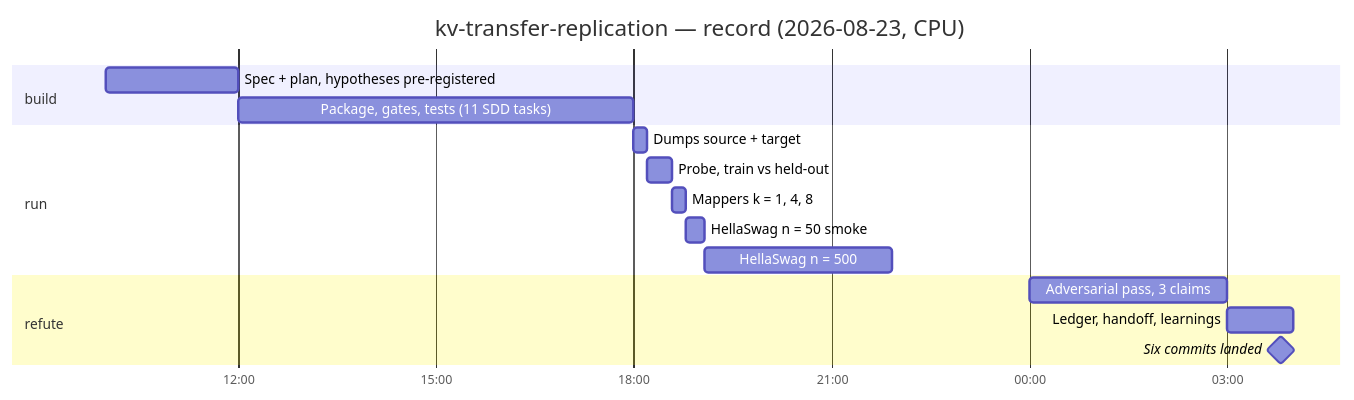
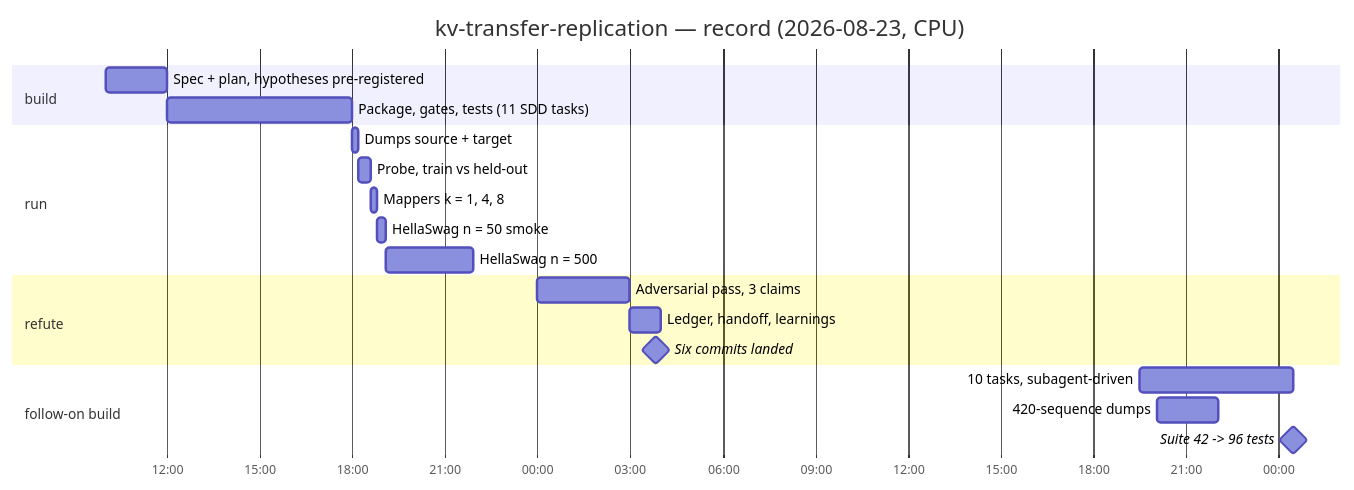
Before and after one commit to hossainpazooki/kv-transfer-replication: the third of 4 diagrams in README.md, drawn with Mermaid. The commit also changed other lines of this file and 10 other files, not shown here.

````diff
--- a/README.md
+++ b/README.md
@@ -135,19 +143,23 @@
 ```mermaid
 gantt
     title kv-transfer-replication — record (2026-08-23, CPU)
     dateFormat YYYY-MM-DD HH:mm
     axisFormat %H:%M
     section build
     Spec + plan, hypotheses pre-registered  :b1, 2026-08-23 10:00, 2h
     Package, gates, tests (11 SDD tasks)    :b2, 2026-08-23 12:00, 6h
     section run
     Dumps source + target                   :r1, 2026-08-23 18:00, 12m
     Probe, train vs held-out                :r2, after r1, 23m
     Mappers k = 1, 4, 8                     :r3, after r2, 13m
     HellaSwag n = 50 smoke                  :r4, after r3, 16m
     HellaSwag n = 500                       :r5, after r4, 171m
     section refute
     Adversarial pass, 3 claims              :v1, 2026-08-24 00:00, 3h
     Ledger, handoff, learnings              :v2, after v1, 1h
     Six commits landed                      :milestone, c1, 2026-08-24 03:49, 0m
+    section follow-on build
+    10 tasks, subagent-driven                :f1, 2026-08-24 19:30, 5h
+    420-sequence dumps                       :f2, 2026-08-24 20:05, 2h
+    Suite 42 -> 96 tests                     :milestone, f3, 2026-08-25 00:30, 0m
 ```
````
